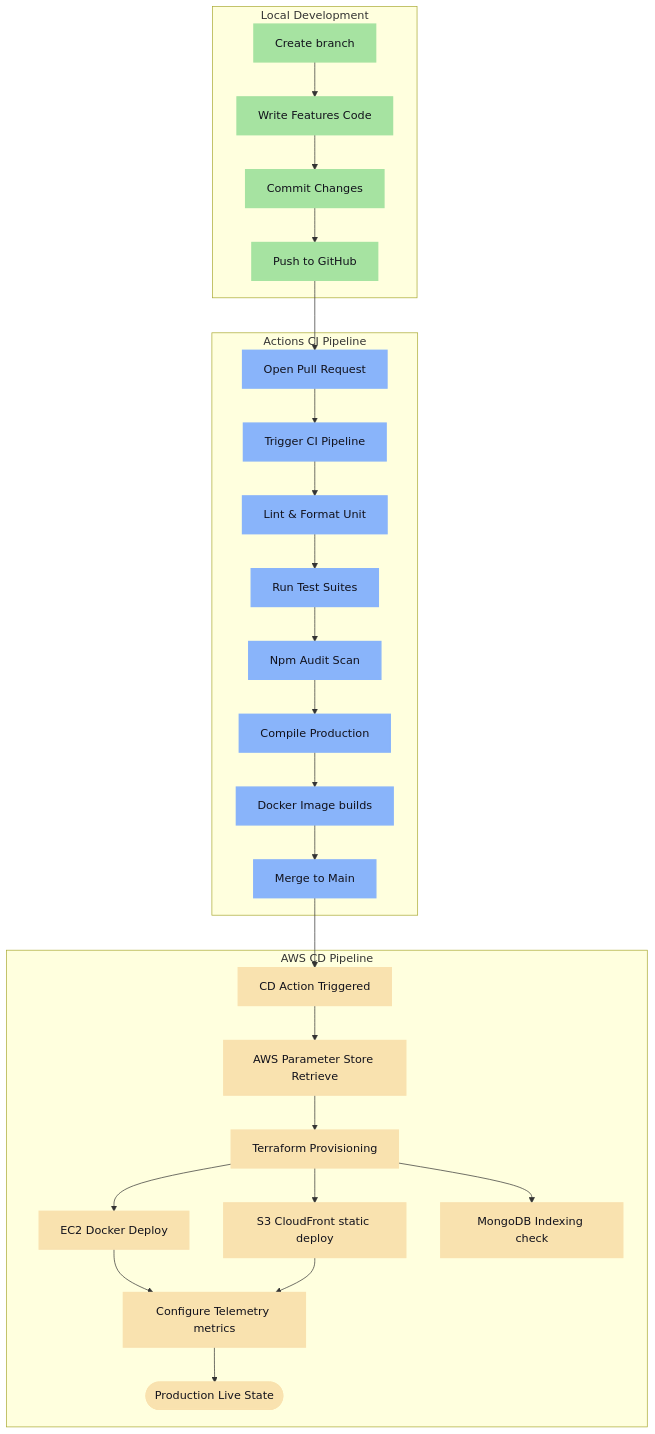
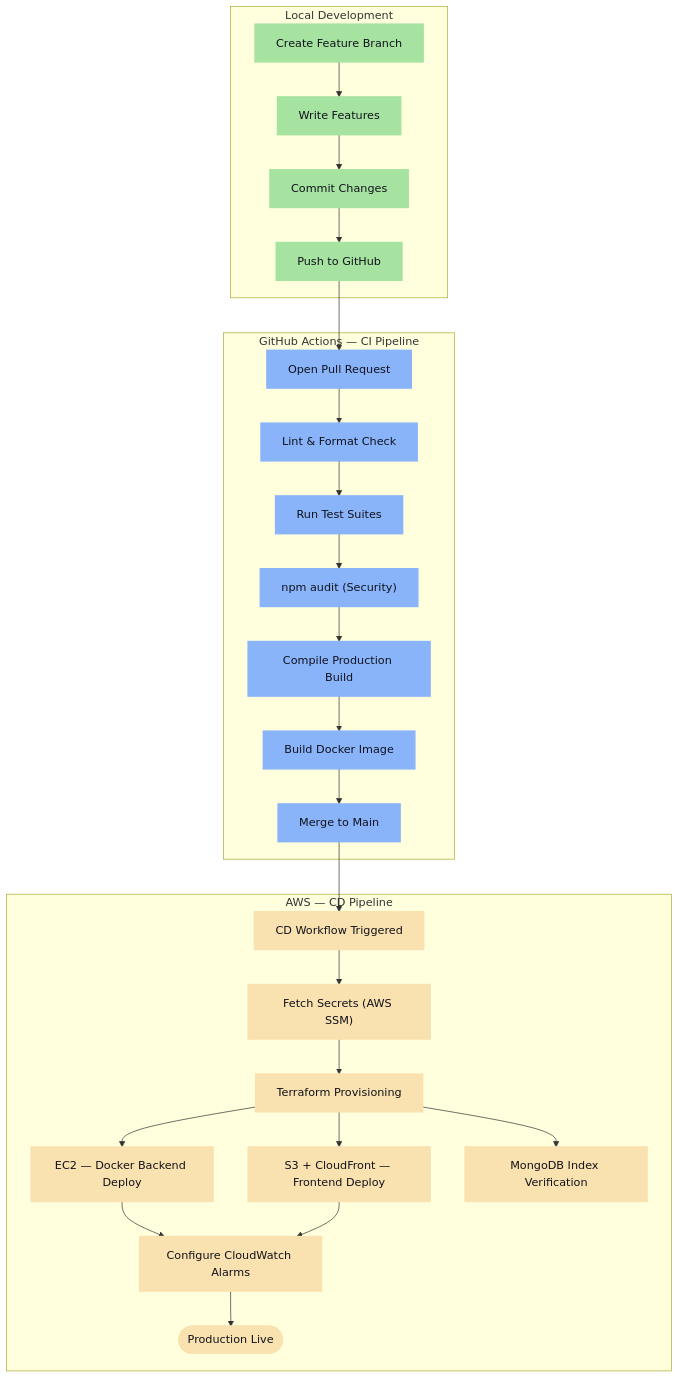
Before and after one commit to Dhayananth1511/AI-Travel-Planner_CapStoneProject_Presidio_InternShip: the fourth of 5 diagrams in README.md, drawn with Mermaid. The commit also changed other lines of this file, not shown here.

Commit message:
Flow chart updated

````diff
--- a/README.md
+++ b/README.md
@@ -259,53 +289,47 @@
 ```mermaid
 graph TD
-    classDef default fill:#1e1e2e,stroke:#cdd6f4,stroke-width:2px,color:#cdd6f4;
     classDef local fill:#a6e3a1,stroke:#a6e3a1,stroke-width:2px,color:#11111b;
     classDef ci fill:#89b4fa,stroke:#89b4fa,stroke-width:2px,color:#11111b;
     classDef cd fill:#f9e2af,stroke:#f9e2af,stroke-width:2px,color:#11111b;
-    
+
     subgraph Local ["Local Development"]
-        Branch["Create branch"]:::local
-        Dev["Write Features Code"]:::local
+        Branch["Create Feature Branch"]:::local
+        Code["Write Features"]:::local
         Commit["Commit Changes"]:::local
         Push["Push to GitHub"]:::local
-        
-        Branch --> Dev --> Commit --> Push
+        Branch --> Code --> Commit --> Push
     end
-    
-    subgraph CI ["Actions CI Pipeline"]
+
+    subgraph CI ["GitHub Actions — CI Pipeline"]
         PR["Open Pull Request"]:::ci
-        GA["Trigger CI Pipeline"]:::ci
-        LintFormatter["Lint & Format Unit"]:::ci
+        Lint["Lint & Format Check"]:::ci
         Tests["Run Test Suites"]:::ci
-        SecurityScan["Npm Audit Scan"]:::ci
-        Build["Compile Production"]:::ci
-        Docker["Docker Image builds"]:::ci
+        AuditScan["npm audit (Security)"]:::ci
+        BuildStep["Compile Production Build"]:::ci
+        DockerBuild["Build Docker Image"]:::ci
         Merge["Merge to Main"]:::ci
-        
-        PR --> GA --> LintFormatter --> Tests --> SecurityScan --> Build --> Docker --> Merge
+        PR --> Lint --> Tests --> AuditScan --> BuildStep --> DockerBuild --> Merge
     end
-    
-    subgraph CD ["AWS CD Pipeline"]
-        TriggerCD["CD Action Triggered"]:::cd
-        SecretsRetrieve["AWS Parameter Store Retrieve"]:::cd
-        Terraform["Terraform Provisioning"]:::cd
-        
-        DepBack["EC2 Docker Deploy"]:::cd
-        DepFront["S3 CloudFront static deploy"]:::cd
-        DB["MongoDB Indexing check"]:::cd
-        CloudWatch["Configure Telemetry metrics"]:::cd
-        Prod(["Production Live State"]):::cd
-        
-        TriggerCD --> SecretsRetrieve --> Terraform
-        Terraform --> DepBack
-        Terraform --> DepFront
-        Terraform --> DB
-        
-        DepBack --> CloudWatch
-        DepFront --> CloudWatch
-        CloudWatch --> Prod
+
+    subgraph CD ["AWS — CD Pipeline"]
+        TriggerCD["CD Workflow Triggered"]:::cd
+        SSMFetch["Fetch Secrets (AWS SSM)"]:::cd
+        TerraformApply["Terraform Provisioning"]:::cd
+        EC2Deploy["EC2 — Docker Backend Deploy"]:::cd
+        S3Deploy["S3 + CloudFront — Frontend Deploy"]:::cd
+        DBIndex["MongoDB Index Verification"]:::cd
+        CWConfig["Configure CloudWatch Alarms"]:::cd
+        Live(["Production Live"]):::cd
+
+        TriggerCD --> SSMFetch --> TerraformApply
+        TerraformApply --> EC2Deploy
+        TerraformApply --> S3Deploy
+        TerraformApply --> DBIndex
+        EC2Deploy --> CWConfig
+        S3Deploy --> CWConfig
+        CWConfig --> Live
     end
 
     Push --> PR
     Merge --> TriggerCD
 ```
````
